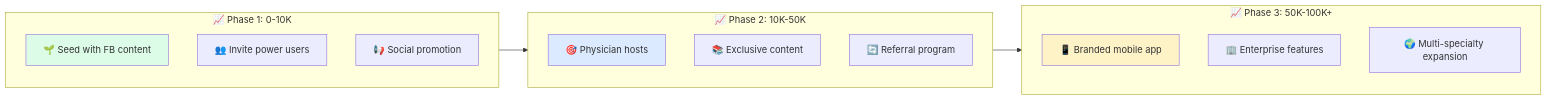
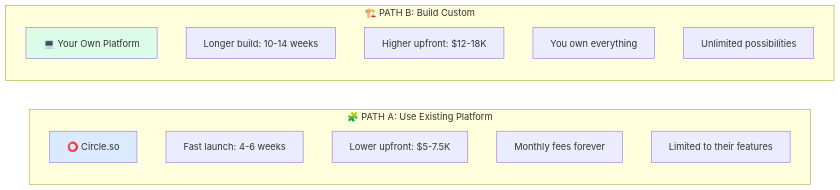
The first of 14 diagrams in README.md (hammadxcm/facebook-group-integration-guide), drawn with Mermaid before and after one commit. The commit also changed other lines of this file and 4 other files, not shown here.

````diff
--- a/README.md
+++ b/README.md
@@ -1309,26 +38,21 @@
 ```mermaid
 flowchart LR
-    subgraph Phase1["📈 Phase 1: 0-10K"]
-        P1A["🌱 Seed with FB content"]
-        P1B["👥 Invite power users"]
-        P1C["📢 Social promotion"]
+    subgraph PathA["🧩 PATH A: Use Existing Platform"]
+        A1["⭕ Circle.so"]
+        A2["Fast launch: 4-6 weeks"]
+        A3["Lower upfront: $5-7.5K"]
+        A4["Monthly fees forever"]
+        A5["Limited to their features"]
     end
 
-    subgraph Phase2["📈 Phase 2: 10K-50K"]
-        P2A["🎯 Physician hosts"]
-        P2B["📚 Exclusive content"]
-        P2C["🔄 Referral program"]
+    subgraph PathB["🏗️ PATH B: Build Custom"]
+        B1["💻 Your Own Platform"]
+        B2["Longer build: 10-14 weeks"]
+        B3["Higher upfront: $12-18K"]
+        B4["You own everything"]
+        B5["Unlimited possibilities"]
     end
 
-    subgraph Phase3["📈 Phase 3: 50K-100K+"]
-        P3A["📱 Branded mobile app"]
-        P3B["🏢 Enterprise features"]
-        P3C["🌍 Multi-specialty expansion"]
-    end
-
-    Phase1 --> Phase2 --> Phase3
-
-    style P1A fill:#dcfce7
-    style P2A fill:#dbeafe
-    style P3A fill:#fef3c7
+    style A1 fill:#dbeafe
+    style B1 fill:#dcfce7
 ```
````
